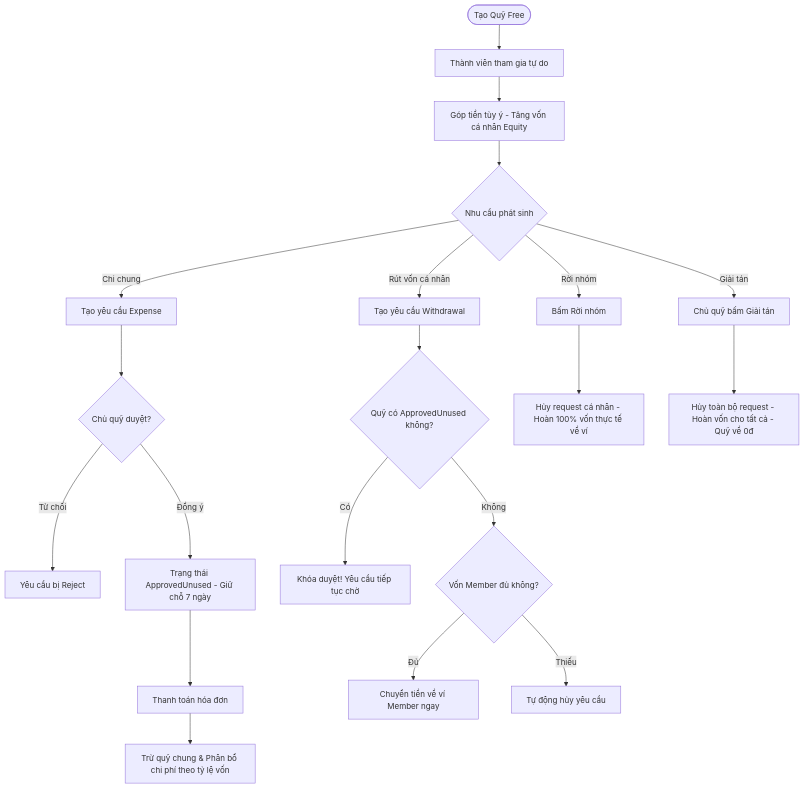
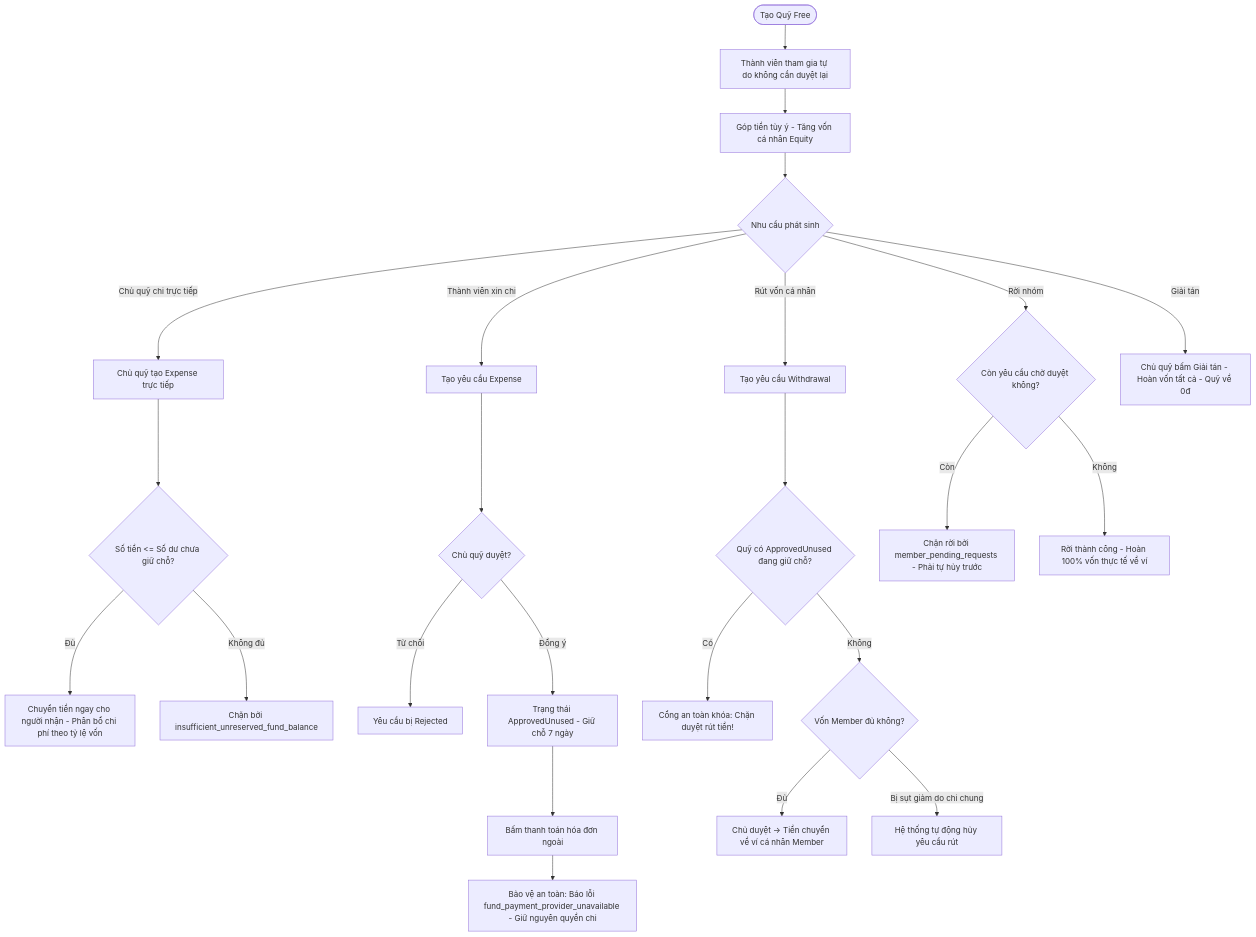
The second of 6 diagrams in docs/HUONG-DAN-QUY-NHOM-SPENDWISE.md (thien230314-bit/Spendwise), drawn with Mermaid before and after one commit. The commit also changed other lines of this file and 2 other files, not shown here.

Commit message:
docs: finalize group funds documentation with exact backend error codes, 6 diagrams, and complete lifecycle stories

````diff
--- a/docs/HUONG-DAN-QUY-NHOM-SPENDWISE.md
+++ b/docs/HUONG-DAN-QUY-NHOM-SPENDWISE.md
@@ -400,27 +430,32 @@
 ```mermaid
 flowchart TD
-    A([Tạo Quỹ Free]) --> B[Thành viên tham gia tự do]
+    A([Tạo Quỹ Free]) --> B[Thành viên tham gia tự do không cần duyệt lại]
     B --> C[Góp tiền tùy ý - Tăng vốn cá nhân Equity]
     
     C --> D{Nhu cầu phát sinh}
     
-    D -->|Chi chung| E[Tạo yêu cầu Expense]
-    E --> F{Chủ quỹ duyệt?}
-    F -->|Từ chối| G[Yêu cầu bị Reject]
-    F -->|Đồng ý| H[Trạng thái ApprovedUnused - Giữ chỗ 7 ngày]
-    H --> I[Thanh toán hóa đơn]
-    I --> J[Trừ quỹ chung & Phân bổ chi phí theo tỷ lệ vốn]
+    D -->|Chủ quỹ chi trực tiếp| E[Chủ quỹ tạo Expense trực tiếp]
+    E --> F{Số tiền <= Số dư chưa giữ chỗ?}
+    F -->|Đủ| G[Chuyển tiền ngay cho người nhận - Phân bổ chi phí theo tỷ lệ vốn]
+    F -->|Không đủ| H[Chặn bởi insufficient_unreserved_fund_balance]
     
-    D -->|Rút vốn cá nhân| K[Tạo yêu cầu Withdrawal]
-    K --> L{Quỹ có ApprovedUnused không?}
-    L -->|Có| M[Khóa duyệt! Yêu cầu tiếp tục chờ]
-    L -->|Không| N{Vốn Member đủ không?}
-    N -->|Đủ| O[Chuyển tiền về ví Member ngay]
-    N -->|Thiếu| P[Tự động hủy yêu cầu]
+    D -->|Thành viên xin chi| I[Tạo yêu cầu Expense]
+    I --> J{Chủ quỹ duyệt?}
+    J -->|Từ chối| K[Yêu cầu bị Rejected]
+    J -->|Đồng ý| L[Trạng thái ApprovedUnused - Giữ chỗ 7 ngày]
+    L --> M[Bấm thanh toán hóa đơn ngoài]
+    M --> N[Bảo vệ an toàn: Báo lỗi fund_payment_provider_unavailable - Giữ nguyên quyền chi]
     
-    D -->|Rời nhóm| Q[Bấm Rời nhóm]
-    Q --> R[Hủy request cá nhân - Hoàn 100% vốn thực tế về ví]
+    D -->|Rút vốn cá nhân| O[Tạo yêu cầu Withdrawal]
+    O --> P{Quỹ có ApprovedUnused đang giữ chỗ?}
+    P -->|Có| Q[Cổng an toàn khóa: Chặn duyệt rút tiền!]
+    P -->|Không| R{Vốn Member đủ không?}
+    R -->|Đủ| S[Chủ duyệt -> Tiền chuyển về ví cá nhân Member]
+    R -->|Bị sụt giảm do chi chung| T[Hệ thống tự động hủy yêu cầu rút]
     
-    D -->|Giải tán| S[Chủ quỹ bấm Giải tán]
-    S --> T[Hủy toàn bộ request - Hoàn vốn cho tất cả - Quỹ về 0đ]
+    D -->|Rời nhóm| U{Còn yêu cầu chờ duyệt không?}
+    U -->|Còn| V[Chặn rời bởi member_pending_requests - Phải tự hủy trước]
+    U -->|Không| W[Rời thành công - Hoàn 100% vốn thực tế về ví]
+    
+    D -->|Giải tán| X[Chủ quỹ bấm Giải tán - Hoàn vốn tất cả - Quỹ về 0đ]
 ```
````
